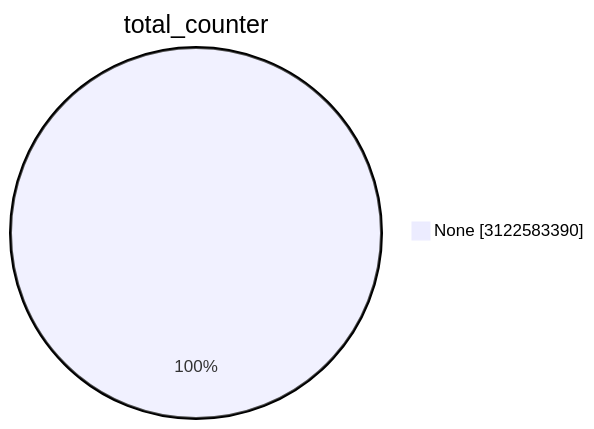
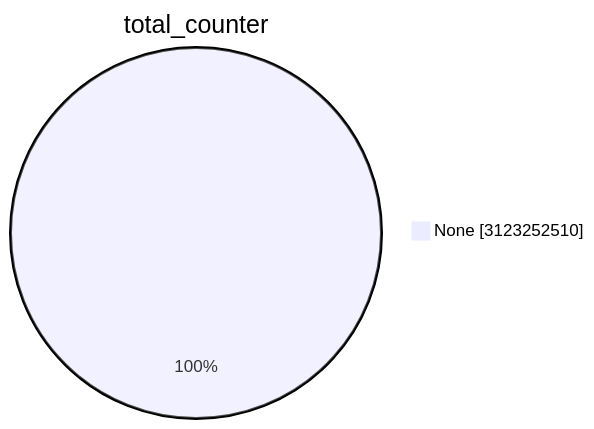
The first of 15 diagrams in TOTAL/README.md (christiankrug/ctmonitor_visualization), drawn with Mermaid before and after one commit. The commit also changed other lines of this file, not shown here.

````diff
--- a/TOTAL/README.md
+++ b/TOTAL/README.md
@@ -1,5 +1,5 @@
 ```mermaid
 pie showData
 title total_counter
-"None" :3122583390
+"None" :3123252510
 ```
````
